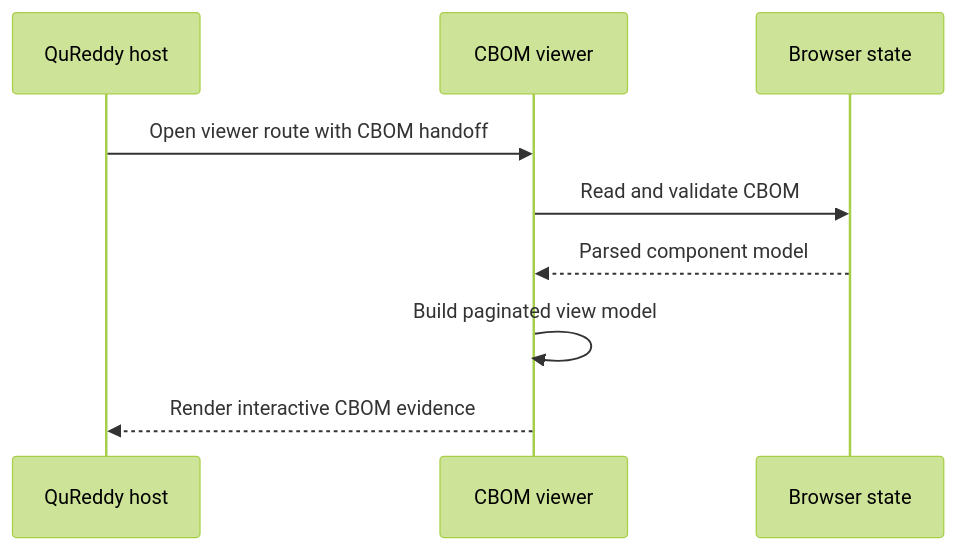
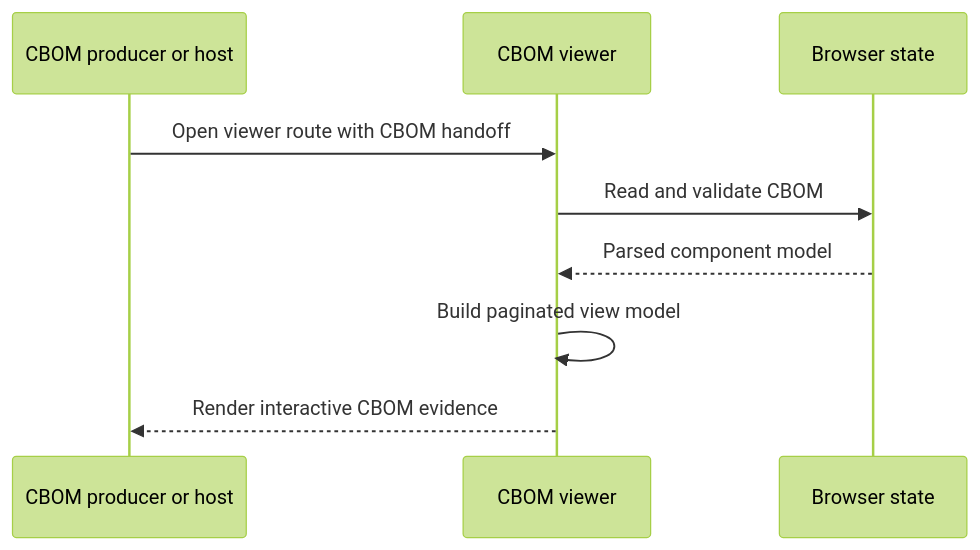
The second of 2 diagrams in README.md (BreachSAFE/breachsafe-cbom-kit-viewer), drawn with Mermaid (forest theme) before and after one commit. The commit also changed other lines of this file and 4 other files, not shown here.

````diff
--- a/README.md
+++ b/README.md
@@ -63,12 +64,12 @@
 ```mermaid
 sequenceDiagram
-    participant Host as QuReddy host
+    participant Host as CBOM producer or host
     participant Viewer as CBOM viewer
     participant Browser as Browser state
 
     Host->>Viewer: Open viewer route with CBOM handoff
     Viewer->>Browser: Read and validate CBOM
     Browser-->>Viewer: Parsed component model
     Viewer->>Viewer: Build paginated view model
     Viewer-->>Host: Render interactive CBOM evidence
 ```
````
